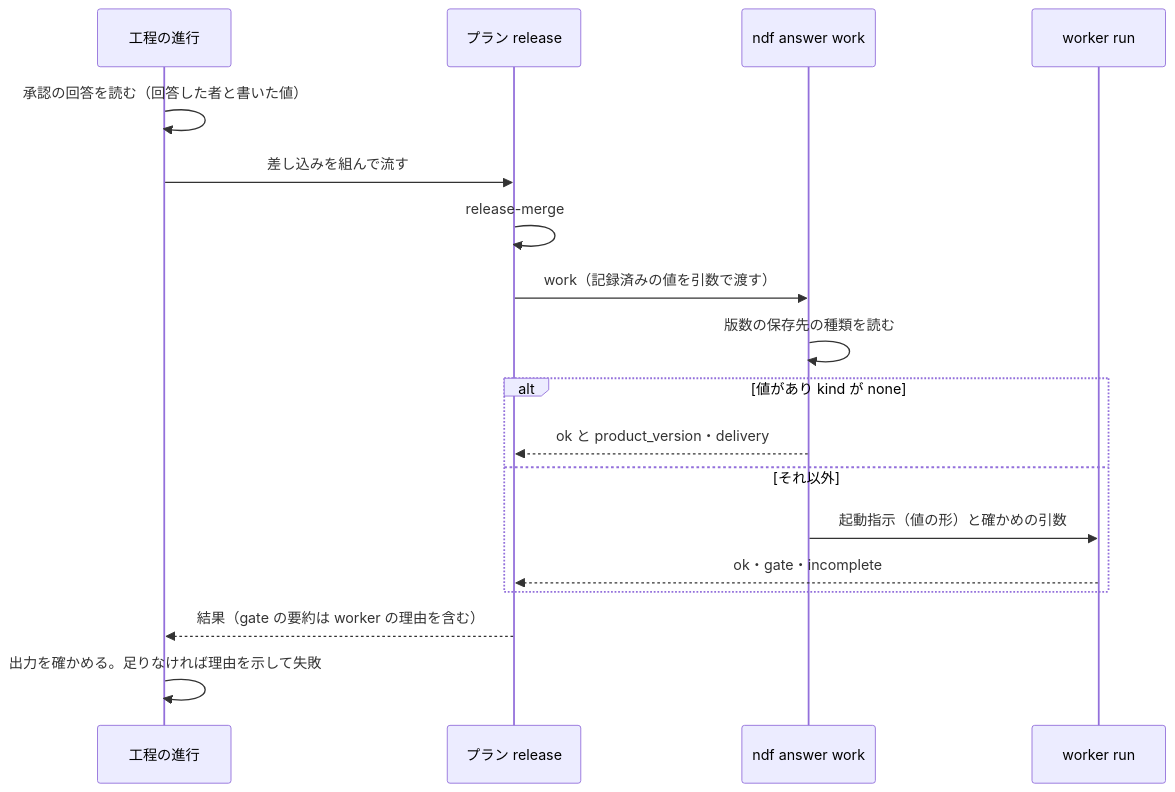
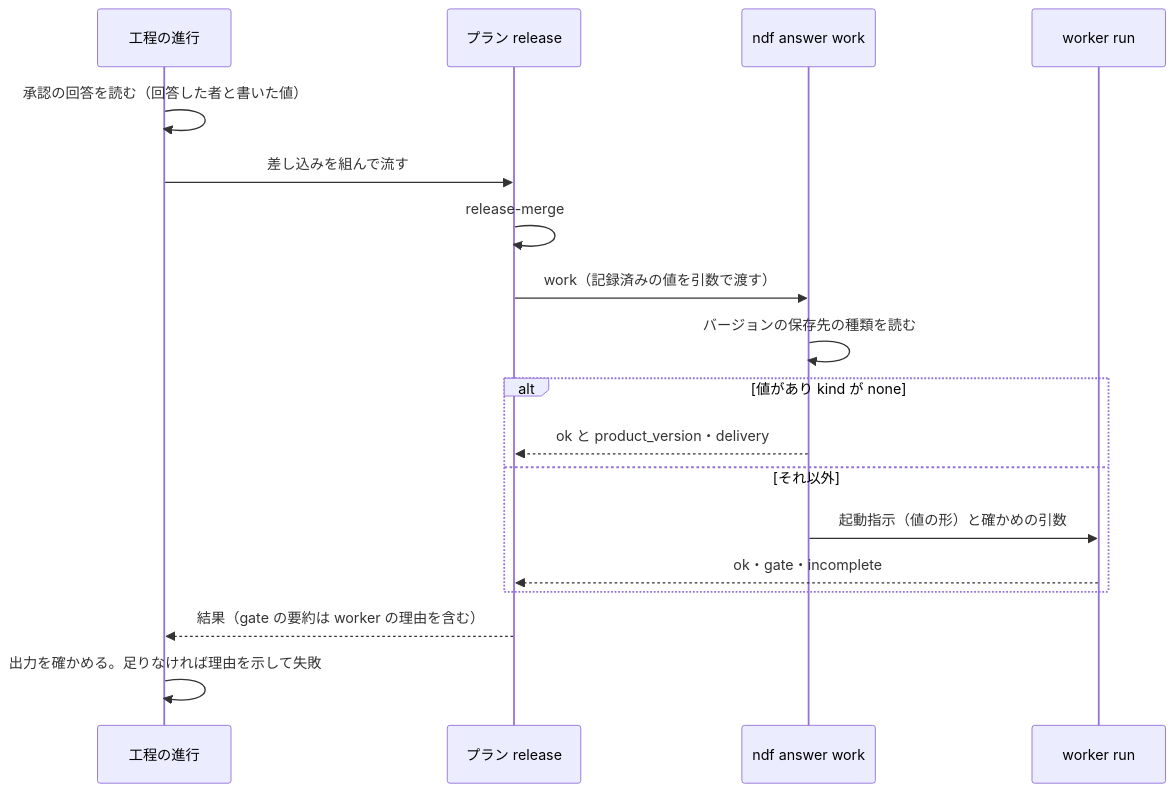
One commit to devbasex/ai-plugins changed the third of 3 diagrams in issues/issue-4513-design.md. Above: the diagram before and after it, drawn with Mermaid. The commit also changed other lines of this file, not shown here.

````diff
--- a/issues/issue-4513-design.md
+++ b/issues/issue-4513-design.md
@@ -91,20 +91,20 @@
 ```mermaid
 sequenceDiagram
   participant P as 工程の進行
   participant T as プラン release
   participant E as ndf answer work
   participant W as worker run
   P->>P: 承認の回答を読む（回答した者と書いた値）
   P->>T: 差し込みを組んで流す
   T->>T: release-merge
   T->>E: work（記録済みの値を引数で渡す）
-  E->>E: 版数の保存先の種類を読む
+  E->>E: バージョンの保存先の種類を読む
   alt 値があり kind が none
     E-->>T: ok と product_version・delivery
   else それ以外
     E->>W: 起動指示（値の形）と確かめの引数
     W-->>T: ok・gate・incomplete
   end
   T-->>P: 結果（gate の要約は worker の理由を含む）
   P->>P: 出力を確かめる。足りなければ理由を示して失敗
 ```
````
